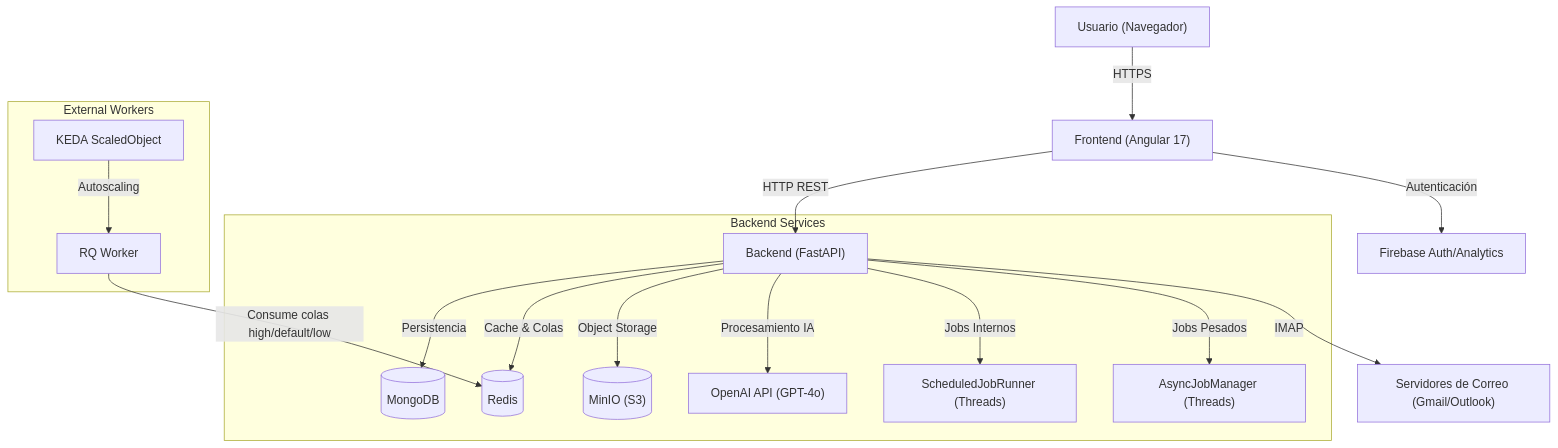
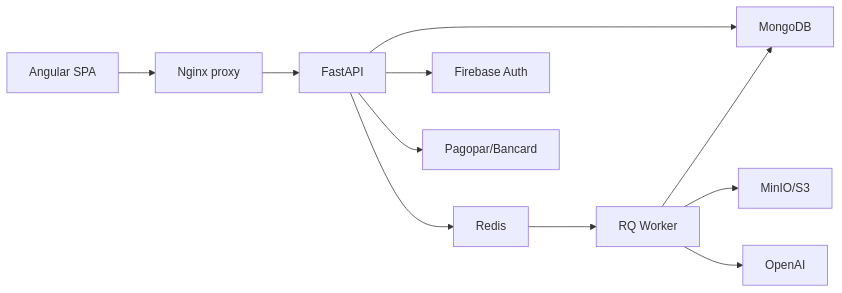
The diagram in docs/documentacion-tecnica.md (poravv/cuenly-app), drawn with Mermaid before and after one commit. The commit also changed other lines of this file and 39 other files, not shown here.

````diff
--- a/docs/documentacion-tecnica.md
+++ b/docs/documentacion-tecnica.md
@@ -11,23 +9,13 @@
 ```mermaid
-graph TD
-    User["Usuario (Navegador)"] -->|HTTPS| Frontend["Frontend (Angular 17)"]
-    Frontend -->|HTTP REST| Backend["Backend (FastAPI)"]
-    
-    subgraph "Backend Services"
-        Backend -->|Persistencia| MongoDB[("MongoDB")]
-        Backend -->|Cache & Colas| Redis[("Redis")]
-        Backend -->|Object Storage| MinIO[("MinIO (S3)")]
-        Backend -->|Procesamiento IA| OpenAI["OpenAI API (GPT-4o)"]
-        
-        Backend -->|Jobs Internos| SchedulerThread["ScheduledJobRunner (Threads)"]
-        Backend -->|Jobs Pesados| AsyncJobWorker["AsyncJobManager (Threads)"]
-    end
-    
-    subgraph "External Workers"
-        Worker["RQ Worker"] -->|Consume colas high/default/low| Redis
-        KEDA["KEDA ScaledObject"] -->|Autoscaling| Worker
-    end
-    
-    Backend -->|IMAP| EmailServers["Servidores de Correo (Gmail/Outlook)"]
-    Frontend -->|Autenticación| Firebase["Firebase Auth/Analytics"]
+flowchart LR
+  Browser["Angular SPA"] --> Nginx["Nginx proxy"]
+  Nginx --> API["FastAPI"]
+  API --> Mongo["MongoDB"]
+  API --> Redis["Redis"]
+  Redis --> Worker["RQ Worker"]
+  Worker --> Mongo
+  Worker --> MinIO["MinIO/S3"]
+  API --> Firebase["Firebase Auth"]
+  API --> Pagopar["Pagopar/Bancard"]
+  Worker --> OpenAI["OpenAI"]
 ```
````
